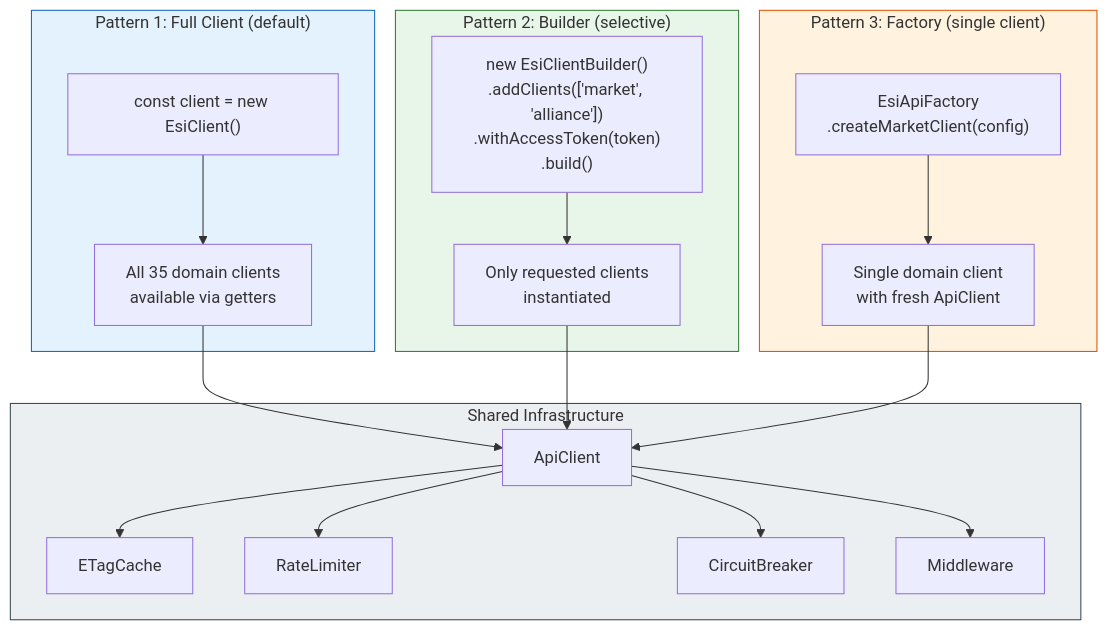
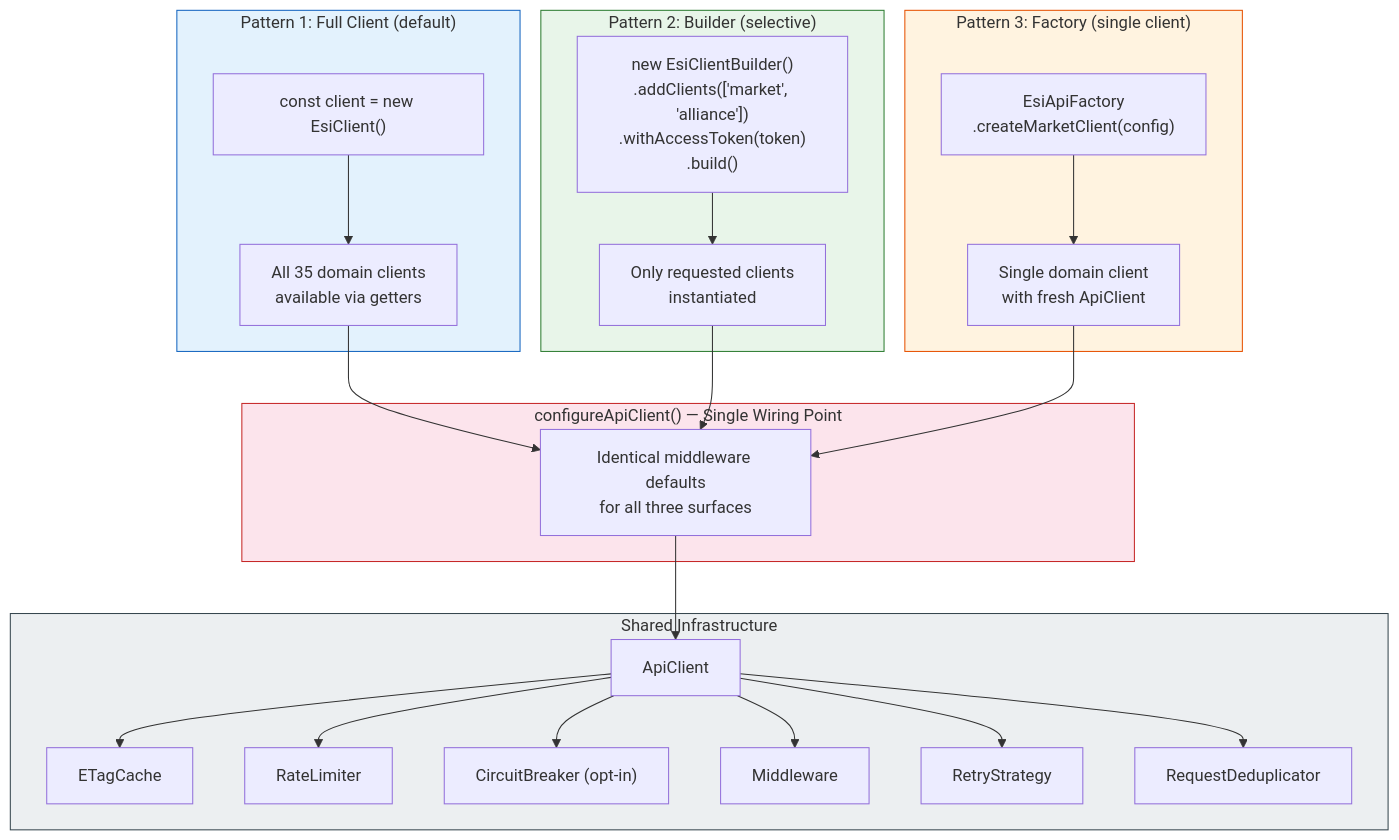
One commit to lgriffin/ESI.ts changed the sixth of 13 diagrams in guides/ARCHITECTURE.md. Above: the diagram before and after it, drawn with Mermaid. The commit also changed other lines of this file, not shown here.

First line of the commit message:
docs: update architecture guide for post-design-plan changes

````diff
--- a/guides/ARCHITECTURE.md
+++ b/guides/ARCHITECTURE.md
@@ -378,42 +445,53 @@
 ```mermaid
 graph TB
     subgraph Pattern1["Pattern 1: Full Client (default)"]
         P1Code["const client = new EsiClient()"]
         P1Result["All 35 domain clients<br/>available via getters"]
         P1Code --> P1Result
     end
 
     subgraph Pattern2["Pattern 2: Builder (selective)"]
         P2Code["new EsiClientBuilder()<br/>.addClients(['market', 'alliance'])<br/>.withAccessToken(token)<br/>.build()"]
         P2Result["Only requested clients<br/>instantiated"]
         P2Code --> P2Result
     end
 
     subgraph Pattern3["Pattern 3: Factory (single client)"]
         P3Code["EsiApiFactory<br/>.createMarketClient(config)"]
         P3Result["Single domain client<br/>with fresh ApiClient"]
         P3Code --> P3Result
     end
 
+    subgraph ConfigWiring["configureApiClient() — Single Wiring Point"]
+        Configure["Identical middleware defaults<br/>for all three surfaces"]
+    end
+
     subgraph Shared["Shared Infrastructure"]
         ApiClient["ApiClient"]
         Cache["ETagCache"]
         RL["RateLimiter"]
-        CB["CircuitBreaker"]
+        CB["CircuitBreaker (opt-in)"]
         MW["Middleware"]
+        Retry["RetryStrategy"]
+        Dedup["RequestDeduplicator"]
     end
 
-    P1Result --> ApiClient
-    P2Result --> ApiClient
-    P3Result --> ApiClient
+    P1Result --> Configure
+    P2Result --> Configure
+    P3Result --> Configure
+
+    Configure --> ApiClient
 
     ApiClient --> Cache
     ApiClient --> RL
     ApiClient --> CB
     ApiClient --> MW
+    ApiClient --> Retry
+    ApiClient --> Dedup
 
     style Pattern1 fill:#e3f2fd,stroke:#1565c0
     style Pattern2 fill:#e8f5e9,stroke:#2e7d32
     style Pattern3 fill:#fff3e0,stroke:#e65100
+    style ConfigWiring fill:#fce4ec,stroke:#c62828
     style Shared fill:#eceff1,stroke:#37474f
 ```
````
